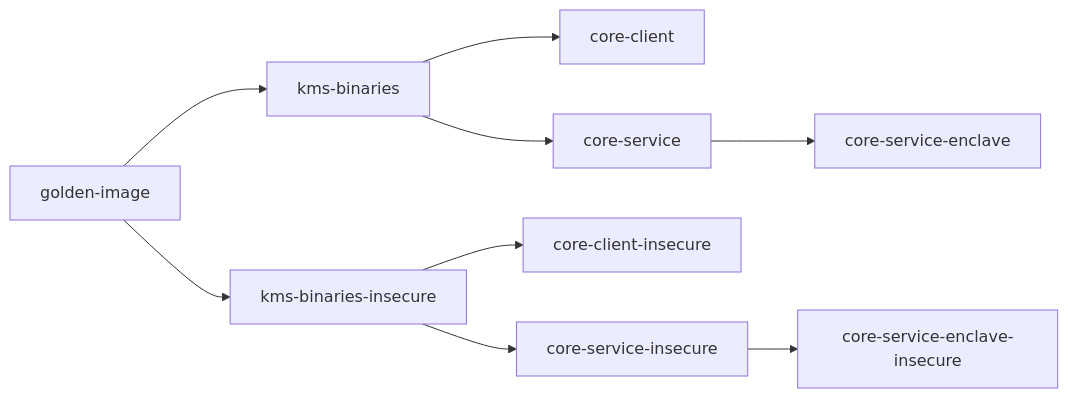
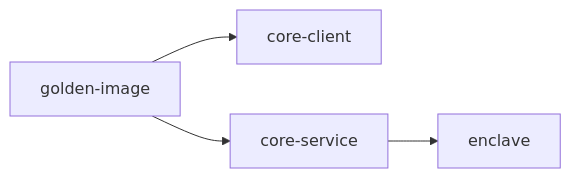
One commit to zama-ai/kms changed the first of 2 diagrams in .github/workflows/README.md. Above: the diagram before and after it, drawn with Mermaid. The commit also changed other lines of this file and 69 other files, not shown here.

````diff
--- a/.github/workflows/README.md
+++ b/.github/workflows/README.md
@@ -203,11 +203,6 @@
 ```mermaid
 graph LR
-    A[golden-image] --> B[kms-binaries]
-    A --> F[kms-binaries-insecure]
-    B --> C[core-client]
-    B --> D[core-service]
-    D --> E[core-service-enclave]
-    F --> G[core-client-insecure]
-    F --> H[core-service-insecure]
-    H --> I[core-service-enclave-insecure]
+    A[golden-image] --> B[core-client]
+    A --> C[core-service]
+    C --> D[enclave]
 ```
````
